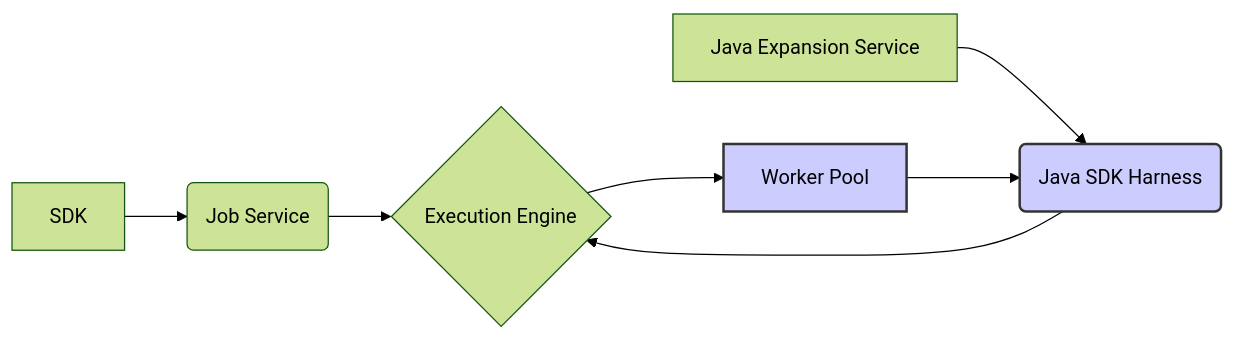
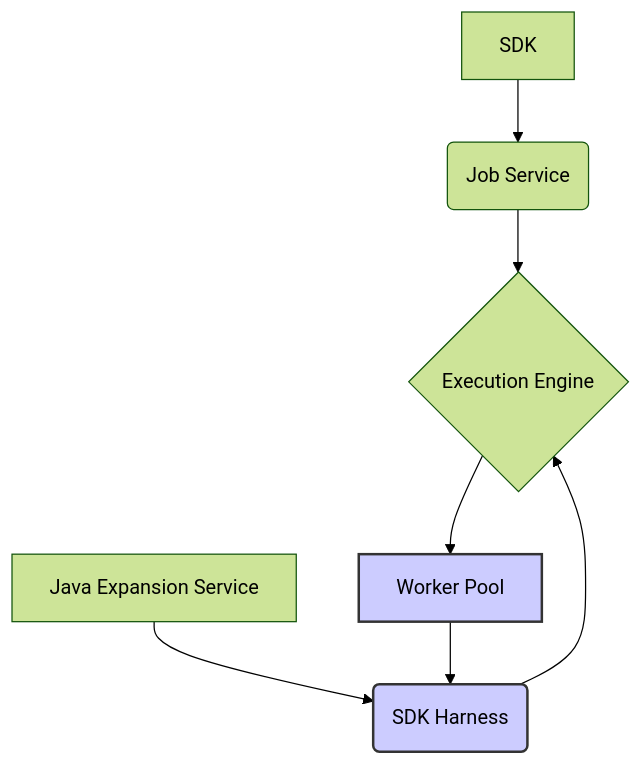
The diagram in README.md (liferoad/beam-ml-flink), drawn with Mermaid (forest theme) before and after one commit.

Commit message:
polished the graph

````diff
--- a/README.md
+++ b/README.md
@@ -78,11 +78,11 @@
 ```mermaid
-graph LR
+graph TD
       A[SDK] --> B(Job Service);
       B --> C{Execution Engine};
         C --> D[Worker Pool];
-        E[Java Expansion Service] --> F(Java SDK Harness);
+        E[Java Expansion Service] --> F(SDK Harness);
        D --> F
         F --> C
       style D fill:#ccf,stroke:#333,stroke-width:2px
       style F fill:#ccf,stroke:#333,stroke-width:2px
 ```
````
